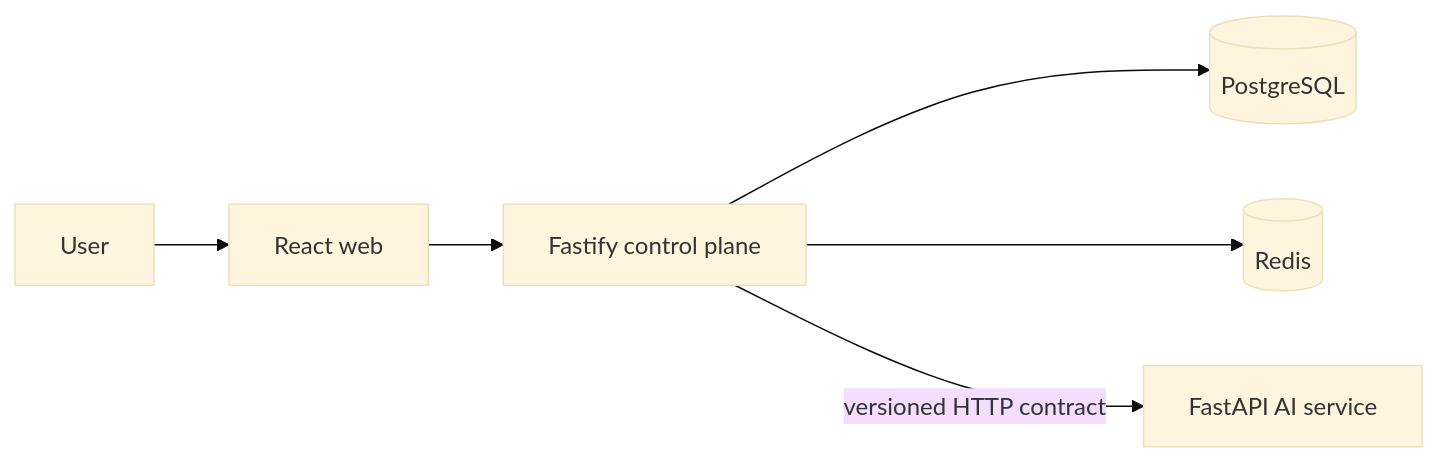
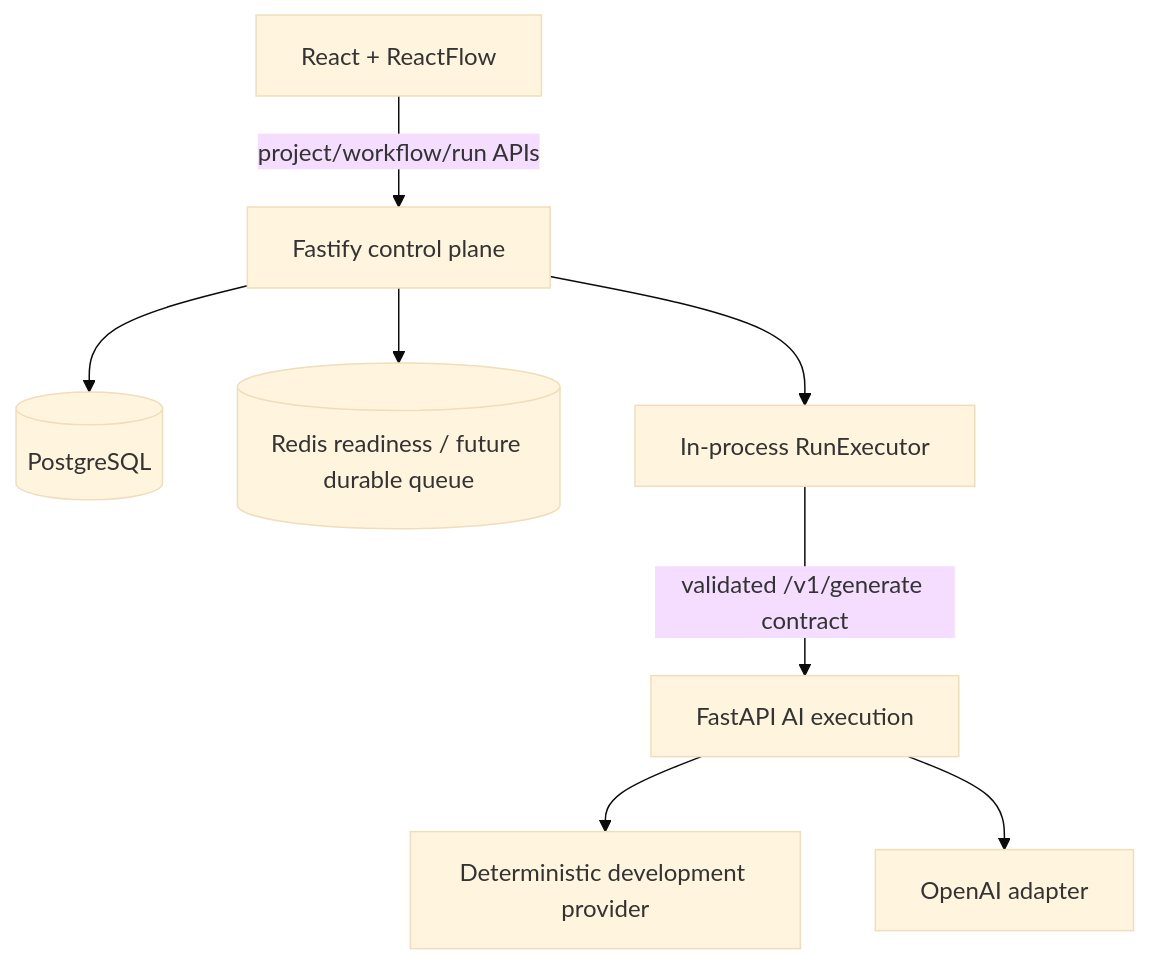
One commit to hafiz475/agentops-ai-workflow-platform changed the diagram in ARCHITECTURE.md. Above: the diagram before and after it, drawn with Mermaid (base theme). The commit also changed other lines of this file and 38 other files, not shown here.

Commit message:
feat: implement AgentOps workflow execution vertical slice

````diff
--- a/ARCHITECTURE.md
+++ b/ARCHITECTURE.md
@@ -5,8 +5,10 @@
 ```mermaid
-flowchart LR
-  U[User] --> W[React web]
-  W --> A[Fastify control plane]
-  A --> P[(PostgreSQL)]
-  A --> R[(Redis)]
-  A -->|versioned HTTP contract| AI[FastAPI AI service]
+flowchart TB
+  Web[React + ReactFlow] -->|project/workflow/run APIs| API[Fastify control plane]
+  API --> Store[(PostgreSQL)]
+  API --> Redis[(Redis readiness / future durable queue)]
+  API --> Executor[In-process RunExecutor]
+  Executor -->|validated /v1/generate contract| Python[FastAPI AI execution]
+  Python --> Dev[Deterministic development provider]
+  Python --> OA[OpenAI adapter]
 ```
````
